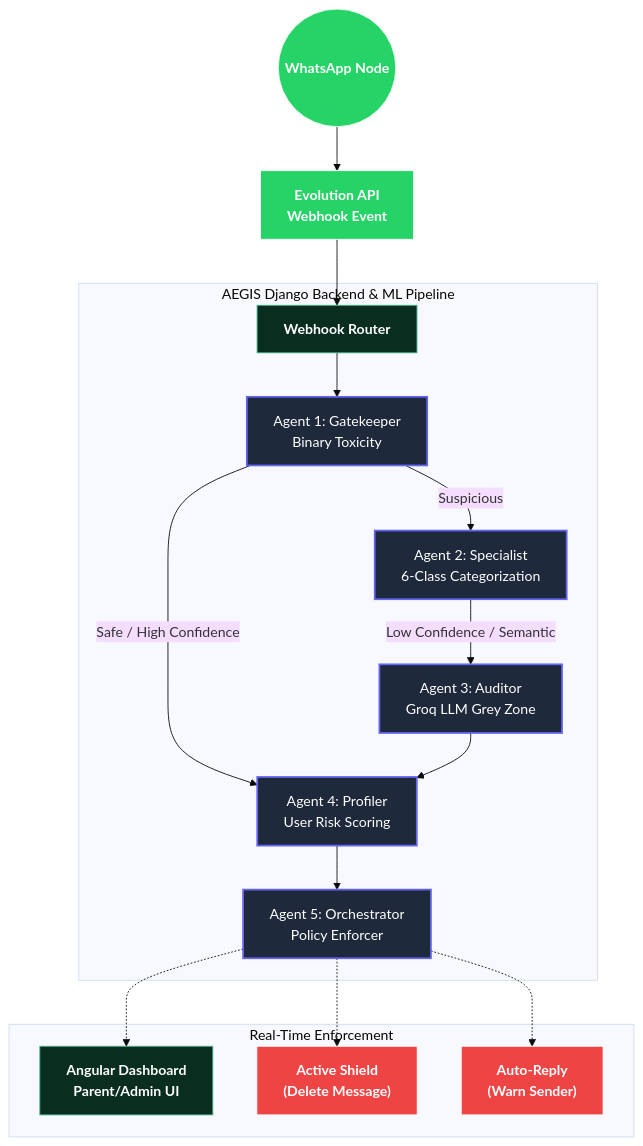
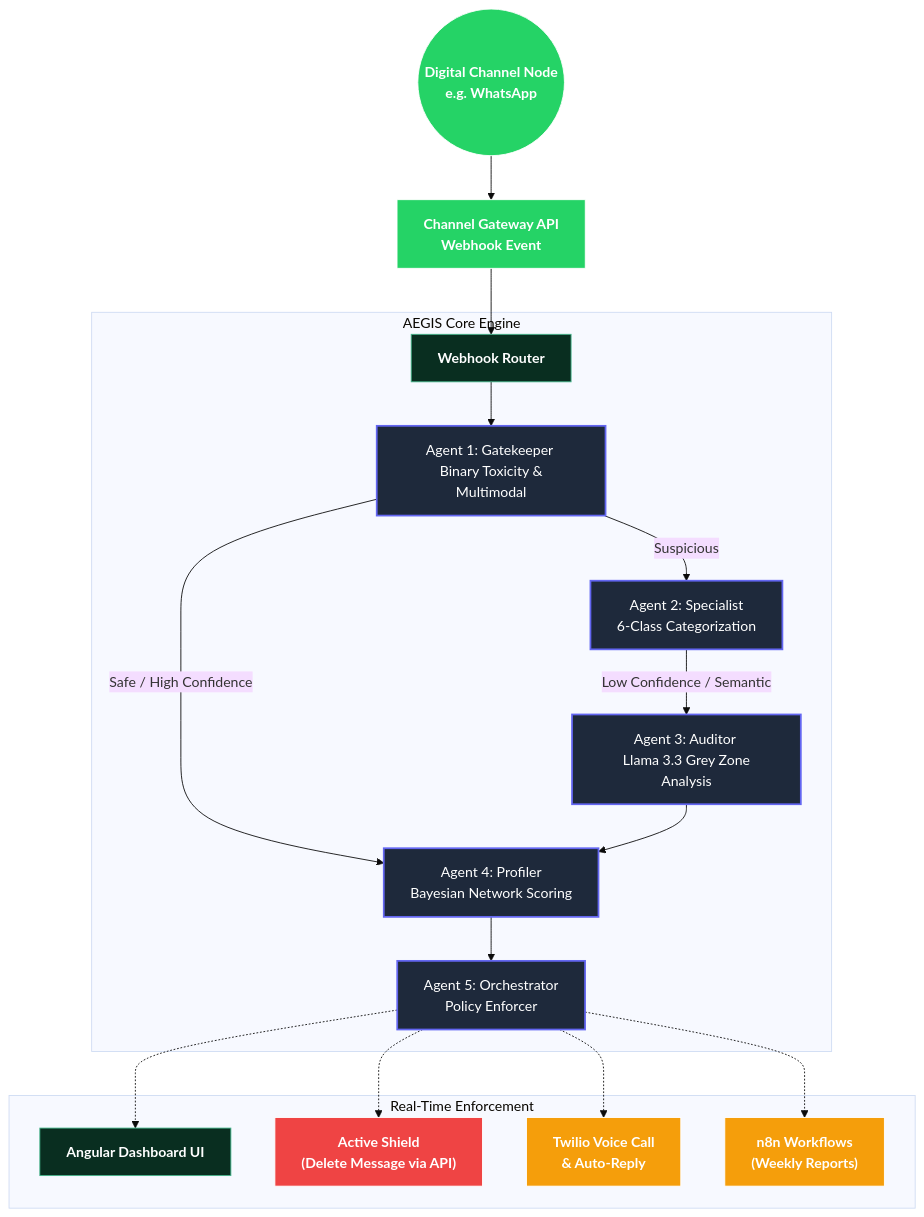
The diagram in README.md (ZnitaMohamed4/aegis-ai), drawn with Mermaid (base theme) before and after one commit. The commit also changed other lines of this file and 2 other files, not shown here.

````diff
--- a/README.md
+++ b/README.md
@@ -24,42 +41,45 @@
 ```mermaid
 graph TD
     %% Define Styles
     classDef wp fill:#25D366,stroke:#fff,color:#fff,font-weight:bold;
     classDef django fill:#092E20,stroke:#44B78B,color:#fff,font-weight:bold;
     classDef agent fill:#1E293B,stroke:#6366F1,color:#fff,stroke-width:2px;
     classDef action fill:#ef4444,stroke:#fff,color:#fff,font-weight:bold;
+    classDef ext fill:#F59E0B,stroke:#fff,color:#fff,font-weight:bold;
     
     %% Nodes
-    WA((WhatsApp Node)):::wp
-    Evo["Evolution API <br> Webhook Event"]:::wp
+    WA((Digital Channel Node <br> e.g. WhatsApp)):::wp
+    Evo["Channel Gateway API <br> Webhook Event"]:::wp
     
-    subgraph AEGIS Backend [AEGIS Django Backend & ML Pipeline]
+    subgraph AEGIS Backend [AEGIS Core Engine]
         Router[Webhook Router]:::django
         
-        A1["Agent 1: Gatekeeper <br> Binary Toxicity"]:::agent
+        A1["Agent 1: Gatekeeper <br> Binary Toxicity & Multimodal"]:::agent
         A2["Agent 2: Specialist <br> 6-Class Categorization"]:::agent
-        A3["Agent 3: Auditor <br> Groq LLM Grey Zone"]:::agent
-        A4["Agent 4: Profiler <br> User Risk Scoring"]:::agent
+        A3["Agent 3: Auditor <br> Llama 3.3 Grey Zone Analysis"]:::agent
+        A4["Agent 4: Profiler <br> Bayesian Network Scoring"]:::agent
         A5["Agent 5: Orchestrator <br> Policy Enforcer"]:::agent
         
         Router --> A1
         A1 -- "Suspicious" --> A2
         A2 -- "Low Confidence / Semantic" --> A3
         A1 -- "Safe / High Confidence" --> A4
         A3 --> A4
         A4 --> A5
     end
     
-    subgraph Outcomes [Real-Time Enforcement]
-        UI["Angular Dashboard <br> Parent/Admin UI"]:::django
-        ActDel["Active Shield <br> (Delete Message)"]:::action
-        ActWarn["Auto-Reply <br> (Warn Sender)"]:::action
+    subgraph Enforcement [Real-Time Enforcement]
+        UI["Angular Dashboard UI"]:::django
+        ActDel["Active Shield <br> (Delete Message via API)"]:::action
+        ActWarn["Twilio Voice Call <br> & Auto-Reply"]:::ext
+        n8n["n8n Workflows <br> (Weekly Reports)"]:::ext
     end
     
     %% Flow
     WA --> Evo
     Evo --> Router
     A5 -.-> ActDel
     A5 -.-> ActWarn
     A5 -.-> UI
+    A5 -.-> n8n
 ```
````
